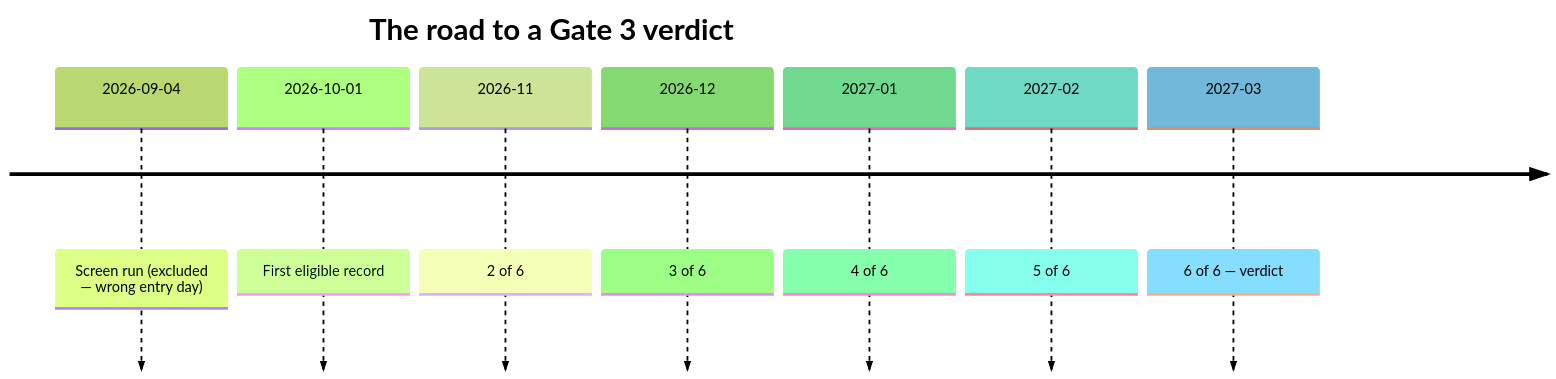
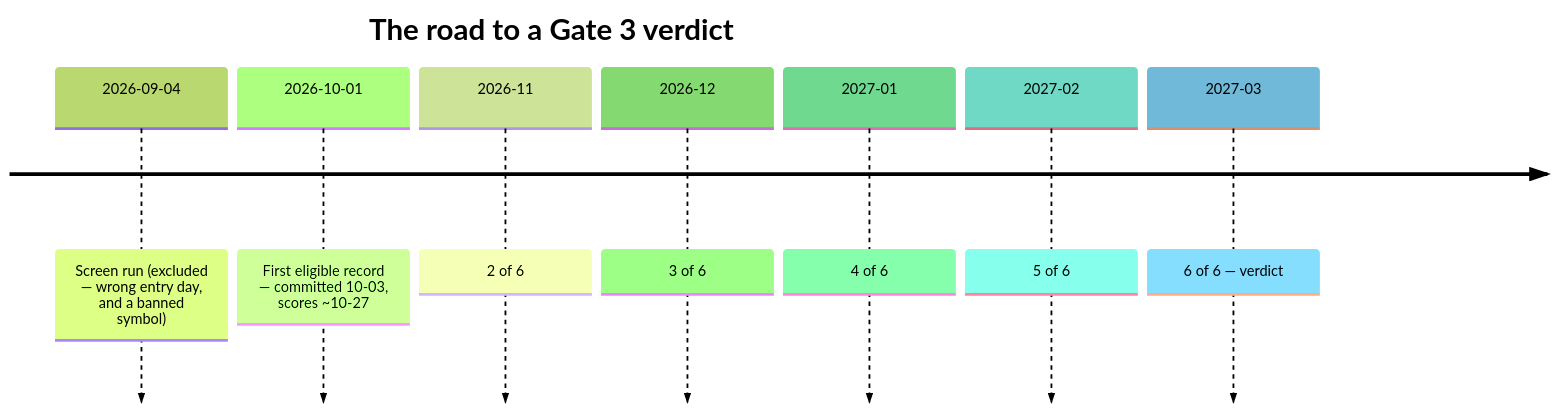
One commit to Yalt8826/MarketMomentum changed the diagram in docs/understanding/v1/22-forward-validation.md. Above: the diagram before and after it, drawn with Mermaid (forest theme). The commit also changed other lines of this file and 15 other files, not shown here.

````diff
--- a/docs/understanding/v1/22-forward-validation.md
+++ b/docs/understanding/v1/22-forward-validation.md
@@ -181,11 +233,11 @@
 ```mermaid
 timeline
     title The road to a Gate 3 verdict
-    2026-09-04 : Screen run (excluded — wrong entry day)
-    2026-10-01 : First eligible record
+    2026-09-04 : Screen run (excluded — wrong entry day, and a banned symbol)
+    2026-10-01 : First eligible record — committed 10-03, scores ~10-27
     2026-11 : 2 of 6
     2026-12 : 3 of 6
     2027-01 : 4 of 6
     2027-02 : 5 of 6
     2027-03 : 6 of 6 — verdict
 ```
````
